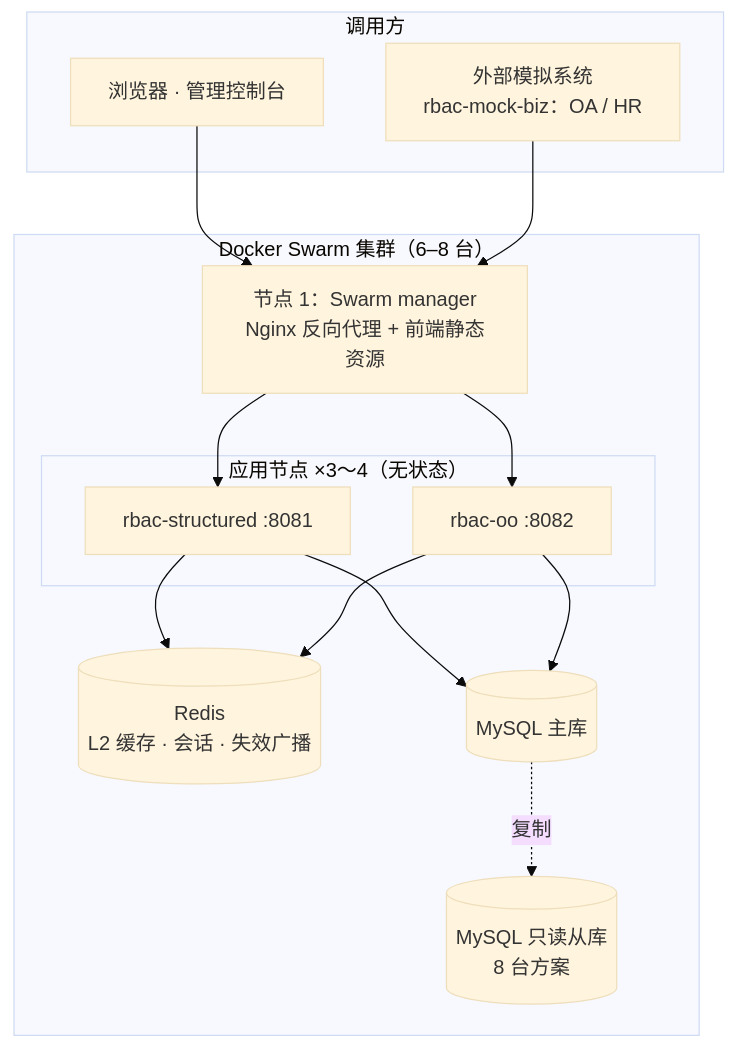
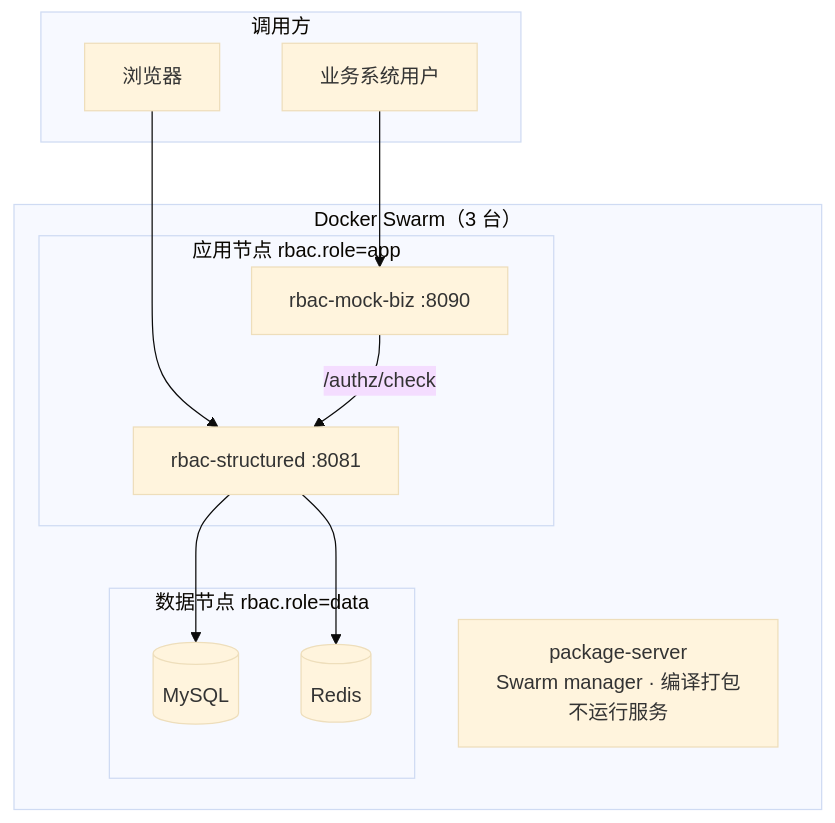
One commit to vintcessun/OOAD changed the fourth of 4 diagrams in docs/02-architecture.md. Above: the diagram before and after it, drawn with Mermaid (base theme). The commit also changed other lines of this file and 17 other files, not shown here.

````diff
--- a/docs/02-architecture.md
+++ b/docs/02-architecture.md
@@ -607,26 +371,22 @@
 ```mermaid
 flowchart TB
     subgraph CLIENT["调用方"]
-        B[浏览器 · 管理控制台]
-        MOCK[外部模拟系统<br/>rbac-mock-biz：OA / HR]
+        B[浏览器]
+        U[业务系统用户]
     end
-    subgraph SWARM["Docker Swarm 集群（6–8 台）"]
-        N[节点 1：Swarm manager<br/>Nginx 反向代理 + 前端静态资源]
-        subgraph APP["应用节点 ×3～4（无状态）"]
+    subgraph SWARM["Docker Swarm（3 台）"]
+        M[package-server<br/>Swarm manager · 编译打包<br/>不运行服务]
+        subgraph APP["应用节点 rbac.role=app"]
             A1[rbac-structured :8081]
-            A2[rbac-oo :8082]
+            A2[rbac-mock-biz :8090]
         end
-        R[(Redis<br/>L2 缓存 · 会话 · 失效广播)]
-        M[(MySQL 主库)]
-        MR[(MySQL 只读从库<br/>8 台方案)]
+        subgraph DATA["数据节点 rbac.role=data"]
+            DB[(MySQL)]
+            R[(Redis)]
+        end
     end
-    B --> N
-    MOCK --> N
-    N --> A1
-    N --> A2
+    B --> A1
+    U --> A2 -->|/authz/check| A1
+    A1 --> DB
     A1 --> R
-    A2 --> R
-    A1 --> M
-    A2 --> M
-    M -. 复制 .-> MR
 ```
````
